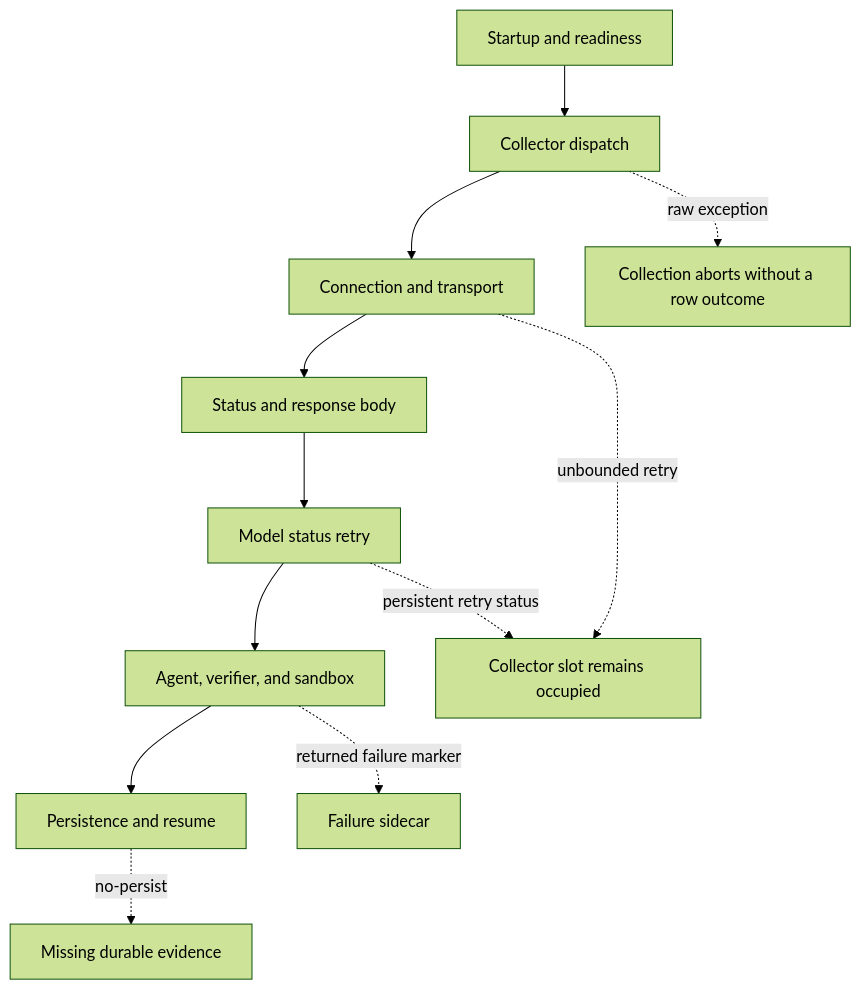
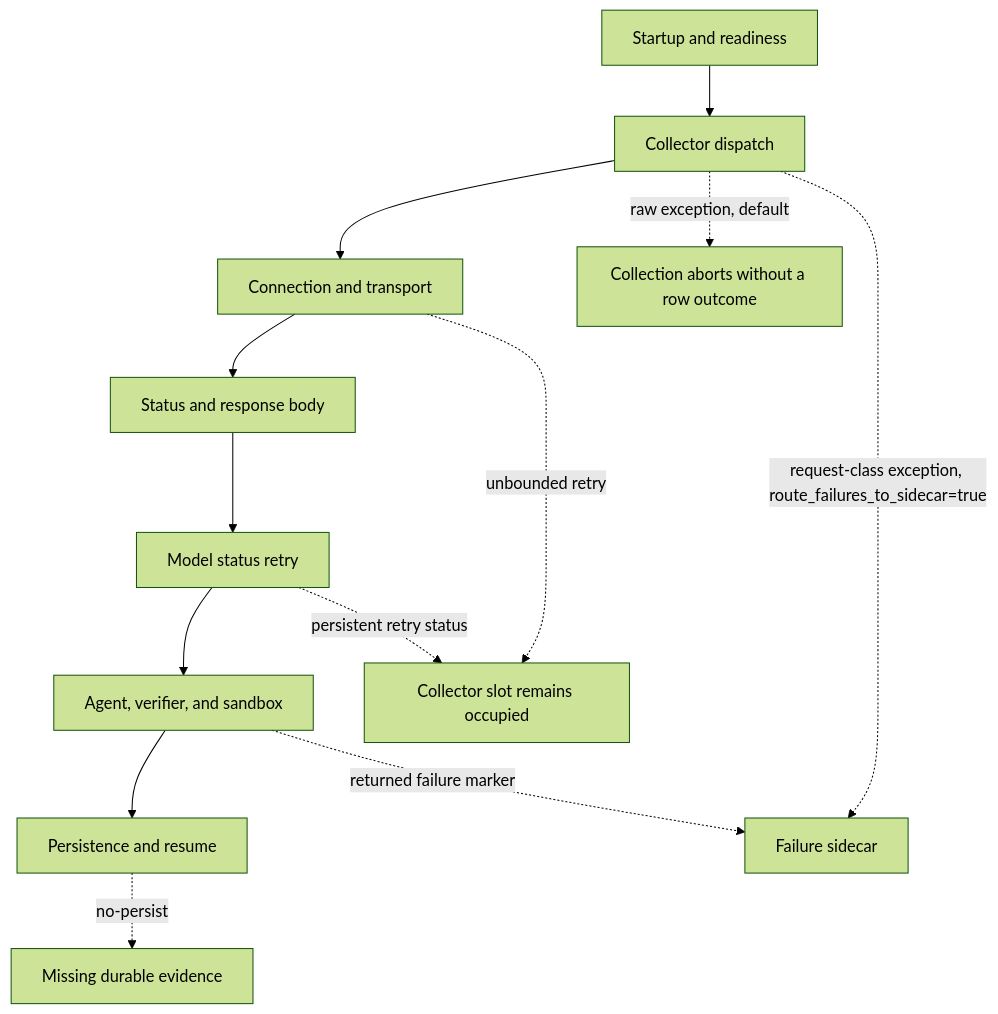
One commit to ananthsub/Gym changed the third of 4 diagrams in investigations/nemo-gym-rollout-error-catalogue.md. Above: the diagram before and after it, drawn with Mermaid (forest theme). The commit also changed other lines of this file and 2 other files, not shown here.

````diff
--- a/investigations/nemo-gym-rollout-error-catalogue.md
+++ b/investigations/nemo-gym-rollout-error-catalogue.md
@@ -332,14 +334,15 @@
 ```mermaid
 flowchart TD
     START["Startup and readiness"] --> DISPATCH["Collector dispatch"]
     DISPATCH --> CONNECT["Connection and transport"]
     CONNECT --> BODY["Status and response body"]
     BODY --> MODEL["Model status retry"]
     MODEL --> COMPONENT["Agent, verifier, and sandbox"]
     COMPONENT --> PERSIST["Persistence and resume"]
-    DISPATCH -.->|"raw exception"| ABORT["Collection aborts without a row outcome"]
+    DISPATCH -.->|"raw exception, default"| ABORT["Collection aborts without a row outcome"]
+    DISPATCH -.->|"request-class exception, route_failures_to_sidecar=true"| SIDE
     CONNECT -.->|"unbounded retry"| LIVELOCK["Collector slot remains occupied"]
     MODEL -.->|"persistent retry status"| LIVELOCK
     COMPONENT -.->|"returned failure marker"| SIDE["Failure sidecar"]
     PERSIST -.->|"no-persist"| EVIDENCE["Missing durable evidence"]
 ```
````
